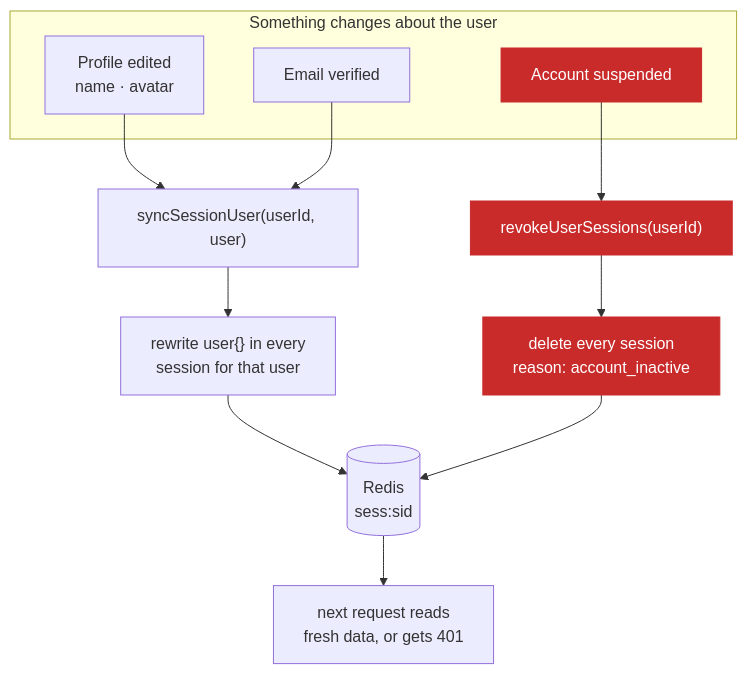
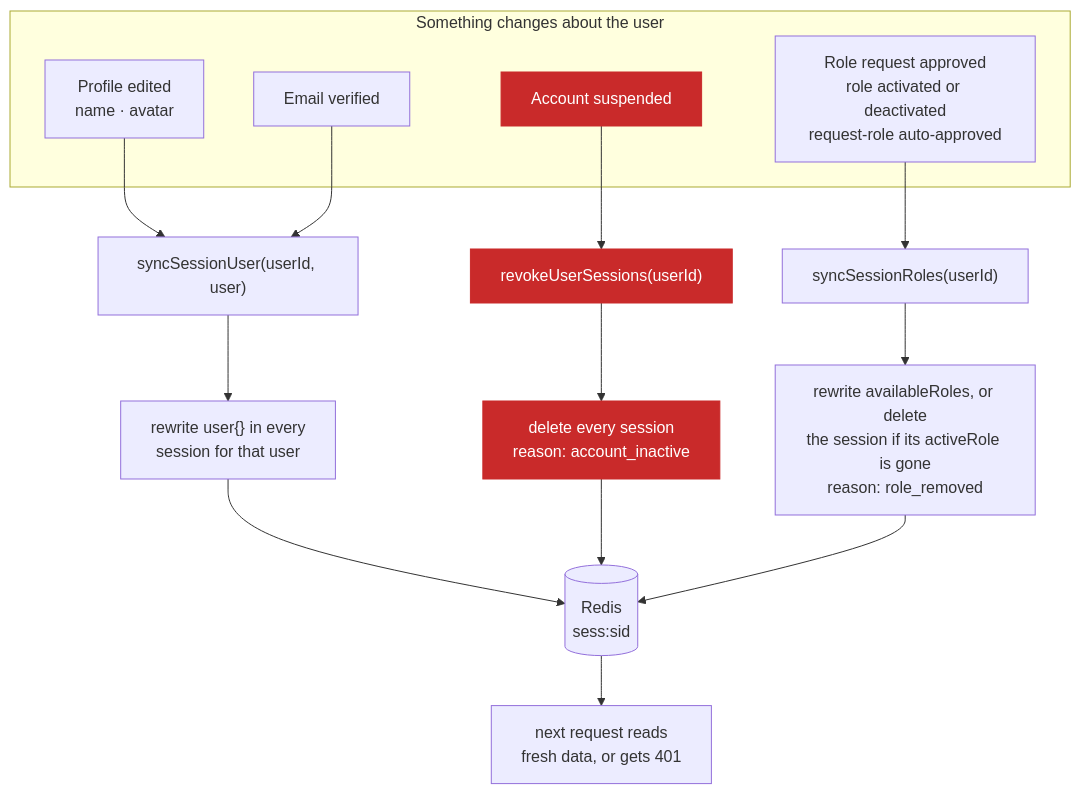
Before and after one commit to sufyan-devs/init-server-nodejs: the second of 2 diagrams in docs/modules/auth/README.md, drawn with Mermaid. The commit also changed other lines of this file and 42 other files, not shown here.

````diff
--- a/docs/modules/auth/README.md
+++ b/docs/modules/auth/README.md
@@ -69,22 +69,26 @@
 ```mermaid
 flowchart TD
   subgraph Writes["Something changes about the user"]
     P["Profile edited<br/>name · avatar"]
     V["Email verified"]
     S["Account suspended"]
+    RC["Role request approved<br/>role activated or deactivated<br/>request-role auto-approved"]
   end
 
   P --> SY["syncSessionUser(userId, user)"]
   V --> SY
   S --> RV["revokeUserSessions(userId)"]
+  RC --> SR["syncSessionRoles(userId)"]
 
   SY --> RW["rewrite user{} in every<br/>session for that user"]
   RV --> DEL["delete every session<br/>reason: account_inactive"]
+  SR --> RR["rewrite availableRoles, or delete<br/>the session if its activeRole is gone<br/>reason: role_removed"]
 
   RW --> R[("Redis<br/>sess:sid")]
   DEL --> R
+  RR --> R
   R --> HP["next request reads<br/>fresh data, or gets 401"]
 
   classDef danger fill:#c92a2a,stroke:#c92a2a,color:#fff
   class S,RV,DEL danger
 ```
````
